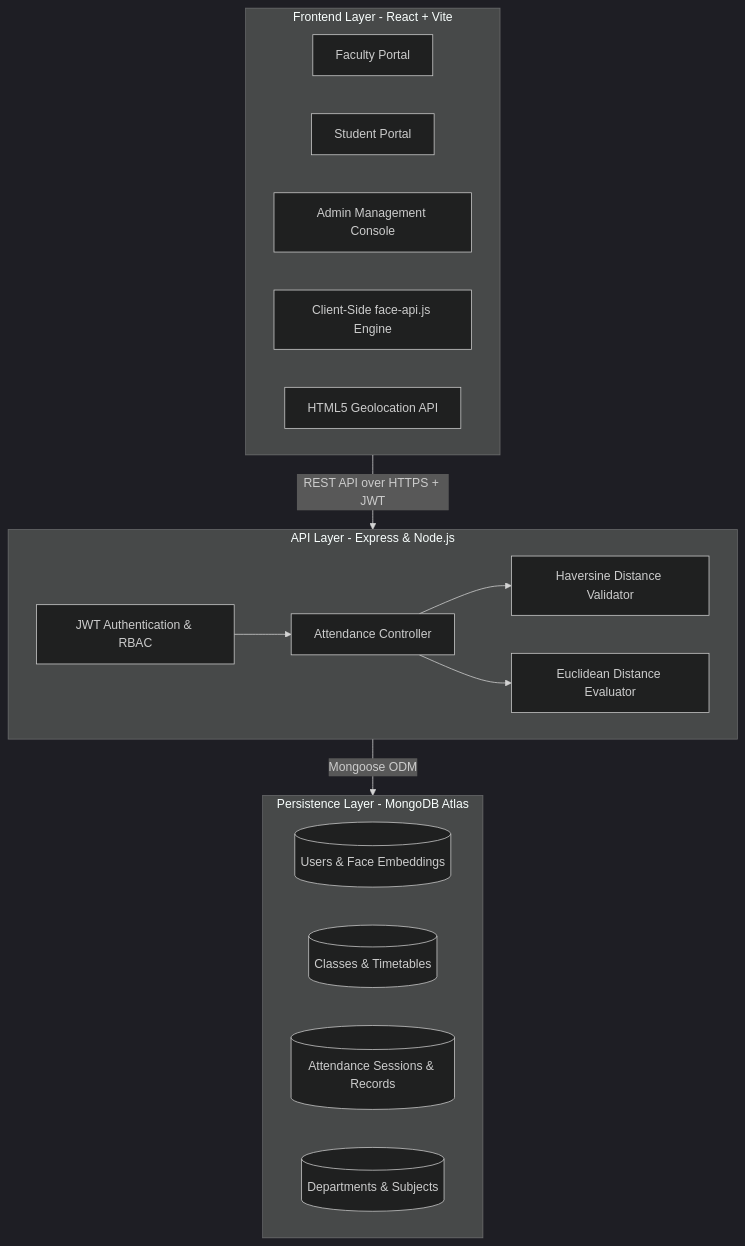
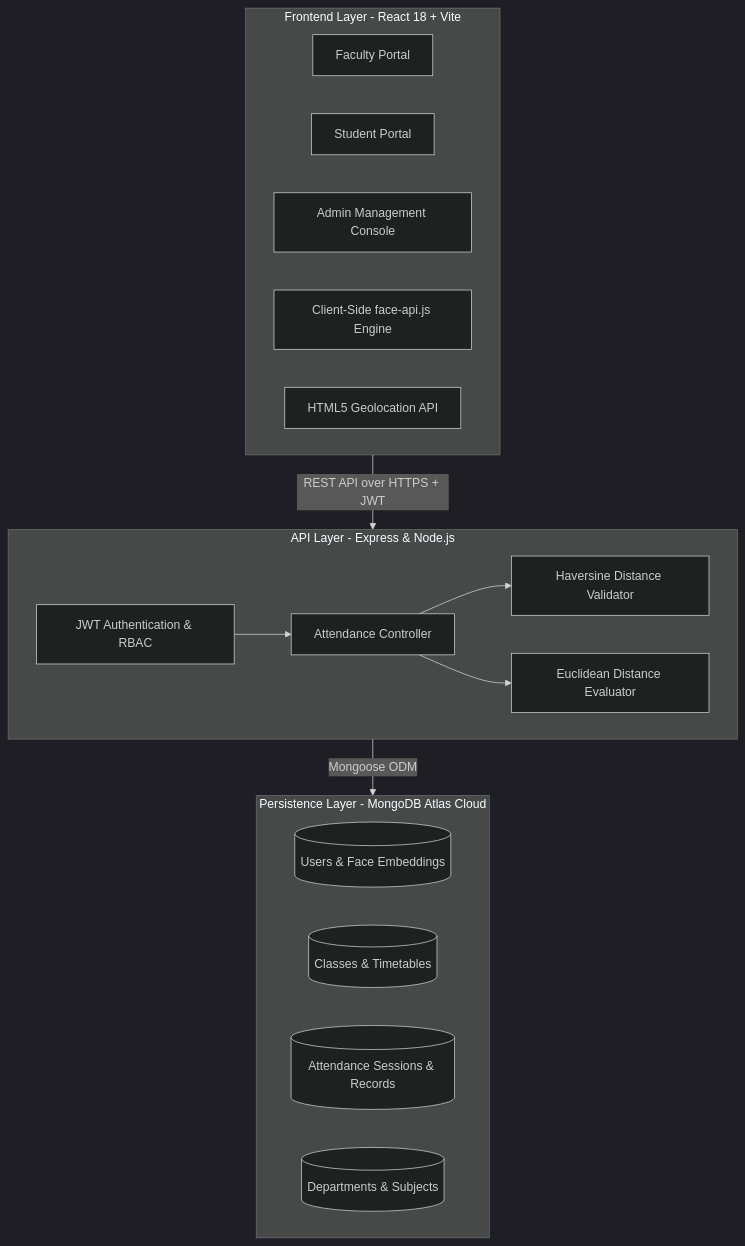
One commit to Abhiii8/AttendAi changed the first of 5 diagrams in README.md. Above: the diagram before and after it, drawn with Mermaid (dark theme). The commit also changed other lines of this file and 1 other file, not shown here.

Commit message:
docs: add visual banner mockup, state diagrams, Gantt timeline, pie charts, and gitGraph

````diff
--- a/README.md
+++ b/README.md
@@ -76,30 +84,30 @@
 ```mermaid
 flowchart TD
-    subgraph Client [Frontend Layer - React + Vite]
+    subgraph Client [Frontend Layer - React 18 + Vite]
         UI1[Faculty Portal]
         UI2[Student Portal]
         UI3[Admin Management Console]
         BIO[Client-Side face-api.js Engine]
         GEO[HTML5 Geolocation API]
     end
 
     subgraph Gateway [API Layer - Express & Node.js]
         AUTH[JWT Authentication & RBAC]
         ATT_CTRL[Attendance Controller]
         GEO_ALG[Haversine Distance Validator]
         FAC_ALG[Euclidean Distance Evaluator]
     end
 
-    subgraph Data [Persistence Layer - MongoDB Atlas]
+    subgraph Data [Persistence Layer - MongoDB Atlas Cloud]
         U_COLL[(Users & Face Embeddings)]
         C_COLL[(Classes & Timetables)]
         A_COLL[(Attendance Sessions & Records)]
         D_COLL[(Departments & Subjects)]
     end
 
     Client -->|REST API over HTTPS + JWT| Gateway
     AUTH --> ATT_CTRL
     ATT_CTRL --> GEO_ALG
     ATT_CTRL --> FAC_ALG
     Gateway -->|Mongoose ODM| Data
 ```
````
